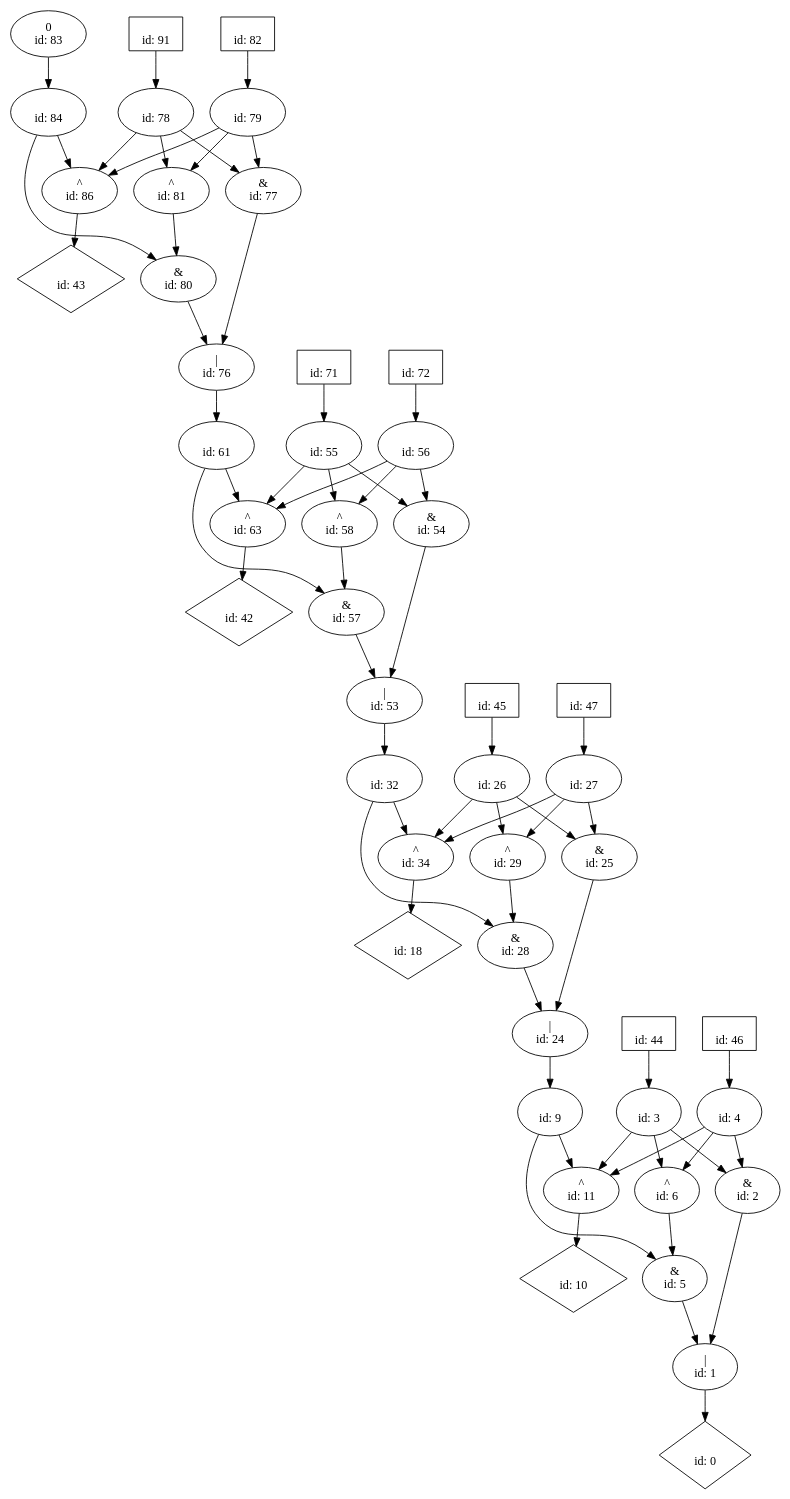
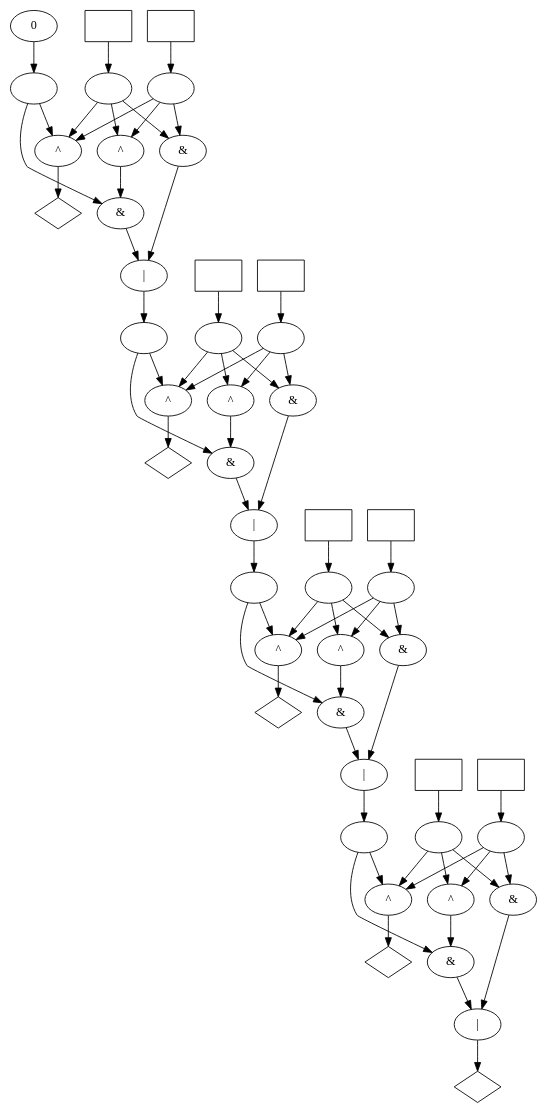
One commit to p9romain/bool-circuits changed the diagram in dot_files/bool_circ/half_adder.dot. Above: the diagram before and after it, drawn with Graphviz. The commit also changed 215 other files, not shown here.

```diff
--- a/dot_files/bool_circ/half_adder.dot
+++ b/dot_files/bool_circ/half_adder.dot
@@ -1,109 +1,109 @@
 digraph G {
-n0 [label="\n id: 0",shape="diamond"];
-n1 [label="|\n id: 1"];
-n2 [label="&\n id: 2"];
-n3 [label="\n id: 3"];
-n4 [label="\n id: 4"];
-n5 [label="&\n id: 5"];
-n6 [label="^\n id: 6"];
-n9 [label="\n id: 9"];
-n10 [label="\n id: 10",shape="diamond"];
-n11 [label="^\n id: 11"];
-n18 [label="\n id: 18",shape="diamond"];
-n24 [label="|\n id: 24"];
-n25 [label="&\n id: 25"];
-n26 [label="\n id: 26"];
-n27 [label="\n id: 27"];
-n28 [label="&\n id: 28"];
-n29 [label="^\n id: 29"];
-n32 [label="\n id: 32"];
-n34 [label="^\n id: 34"];
-n42 [label="\n id: 42",shape="diamond"];
-n43 [label="\n id: 43",shape="diamond"];
-n44 [label="\n id: 44",shape="box"];
-n45 [label="\n id: 45",shape="box"];
-n46 [label="\n id: 46",shape="box"];
-n47 [label="\n id: 47",shape="box"];
-n53 [label="|\n id: 53"];
-n54 [label="&\n id: 54"];
-n55 [label="\n id: 55"];
-n56 [label="\n id: 56"];
-n57 [label="&\n id: 57"];
-n58 [label="^\n id: 58"];
-n61 [label="\n id: 61"];
-n63 [label="^\n id: 63"];
-n71 [label="\n id: 71",shape="box"];
-n72 [label="\n id: 72",shape="box"];
-n76 [label="|\n id: 76"];
-n77 [label="&\n id: 77"];
-n78 [label="\n id: 78"];
-n79 [label="\n id: 79"];
-n80 [label="&\n id: 80"];
-n81 [label="^\n id: 81"];
-n84 [label="\n id: 84"];
-n86 [label="^\n id: 86"];
-n91 [label="\n id: 91",shape="box"];
-n82 [label="\n id: 82",shape="box"];
-n83 [label="0\n id: 83"];
+n0 [label="",shape="diamond"];
+n1 [label="|"];
+n2 [label="&"];
+n3 [label=""];
+n4 [label=""];
+n5 [label="&"];
+n6 [label="^"];
+n9 [label=""];
+n10 [label="",shape="diamond"];
+n11 [label="^"];
+n18 [label="",shape="diamond"];
+n24 [label="|"];
+n25 [label="&"];
+n26 [label=""];
+n27 [label=""];
+n28 [label="&"];
+n29 [label="^"];
+n32 [label=""];
+n34 [label="^"];
+n42 [label="",shape="diamond"];
+n43 [label="",shape="diamond"];
+n44 [label="",shape="box"];
+n45 [label="",shape="box"];
+n46 [label="",shape="box"];
+n47 [label="",shape="box"];
+n53 [label="|"];
+n54 [label="&"];
+n55 [label=""];
+n56 [label=""];
+n57 [label="&"];
+n58 [label="^"];
+n61 [label=""];
+n63 [label="^"];
+n71 [label="",shape="box"];
+n72 [label="",shape="box"];
+n76 [label="|"];
+n77 [label="&"];
+n78 [label=""];
+n79 [label=""];
+n80 [label="&"];
+n81 [label="^"];
+n84 [label=""];
+n86 [label="^"];
+n91 [label="",shape="box"];
+n82 [label="",shape="box"];
+n83 [label="0"];
 n1 -> n0
 n2 -> n1
 n3 -> n2
 n3 -> n11
 n3 -> n6
 n4 -> n2
 n4 -> n11
 n4 -> n6
 n5 -> n1
 n6 -> n5
 n9 -> n5
 n9 -> n11
 n11 -> n10
 n24 -> n9
 n25 -> n24
 n26 -> n25
 n26 -> n34
 n26 -> n29
 n27 -> n25
 n27 -> n34
 n27 -> n29
 n28 -> n24
 n29 -> n28
 n32 -> n28
 n32 -> n34
 n34 -> n18
 n44 -> n3
 n45 -> n26
 n46 -> n4
 n47 -> n27
 n53 -> n32
 n54 -> n53
 n55 -> n54
 n55 -> n63
 n55 -> n58
 n56 -> n54
 n56 -> n63
 n56 -> n58
 n57 -> n53
 n58 -> n57
 n61 -> n57
 n61 -> n63
 n63 -> n42
 n71 -> n55
 n72 -> n56
 n76 -> n61
 n77 -> n76
 n78 -> n77
 n78 -> n86
 n78 -> n81
 n79 -> n77
 n79 -> n86
 n79 -> n81
 n80 -> n76
 n81 -> n80
 n84 -> n80
 n84 -> n86
 n86 -> n43
 n91 -> n78
 n82 -> n79
 n83 -> n84
 }
```
